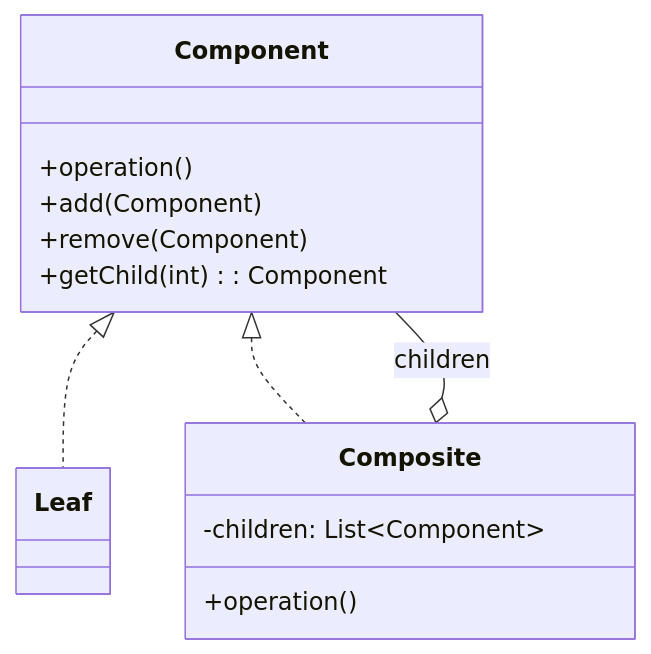
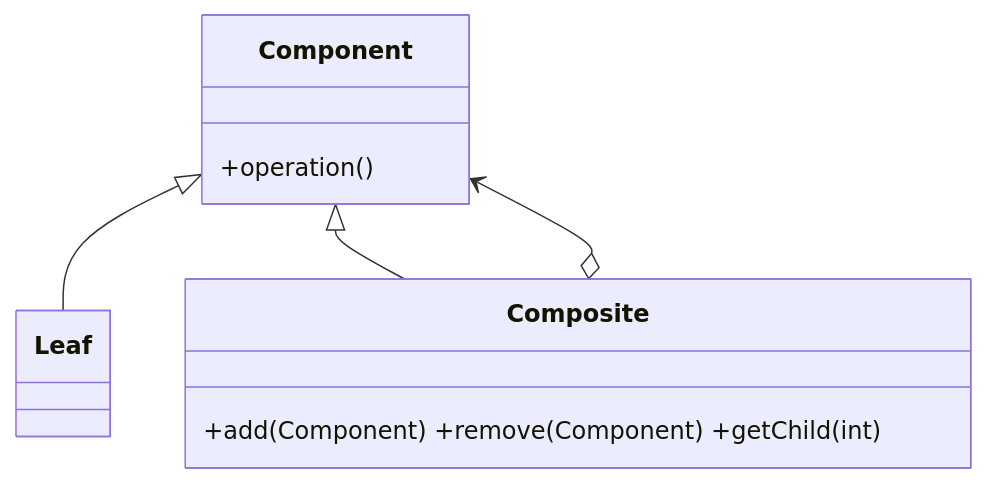
One commit to apdaza/gof-patterns-in-pygame changed the eighth of 23 diagrams in README.md. Above: the diagram before and after it, drawn with Mermaid. The commit also changed other lines of this file, not shown here.

````diff
--- a/README.md
+++ b/README.md
@@ -182,19 +338,9 @@
 ```mermaid
 classDiagram
-    direction TD
-    class Component {
-      +operation()
-      +add(Component)
-      +remove(Component)
-      +getChild(int): Component
-    }
-    class Leaf
-    class Composite {
-      -children: List~Component~
-      +operation()
-    }
-
-    Component <|.. Leaf
-    Component <|.. Composite
-    Composite o-- Component : children
+class Component{+operation()}
+class Leaf
+class Composite{+add(Component) +remove(Component) +getChild(int)}
+Component <|-- Leaf
+Component <|-- Composite
+Composite o--> Component
 ```
````
